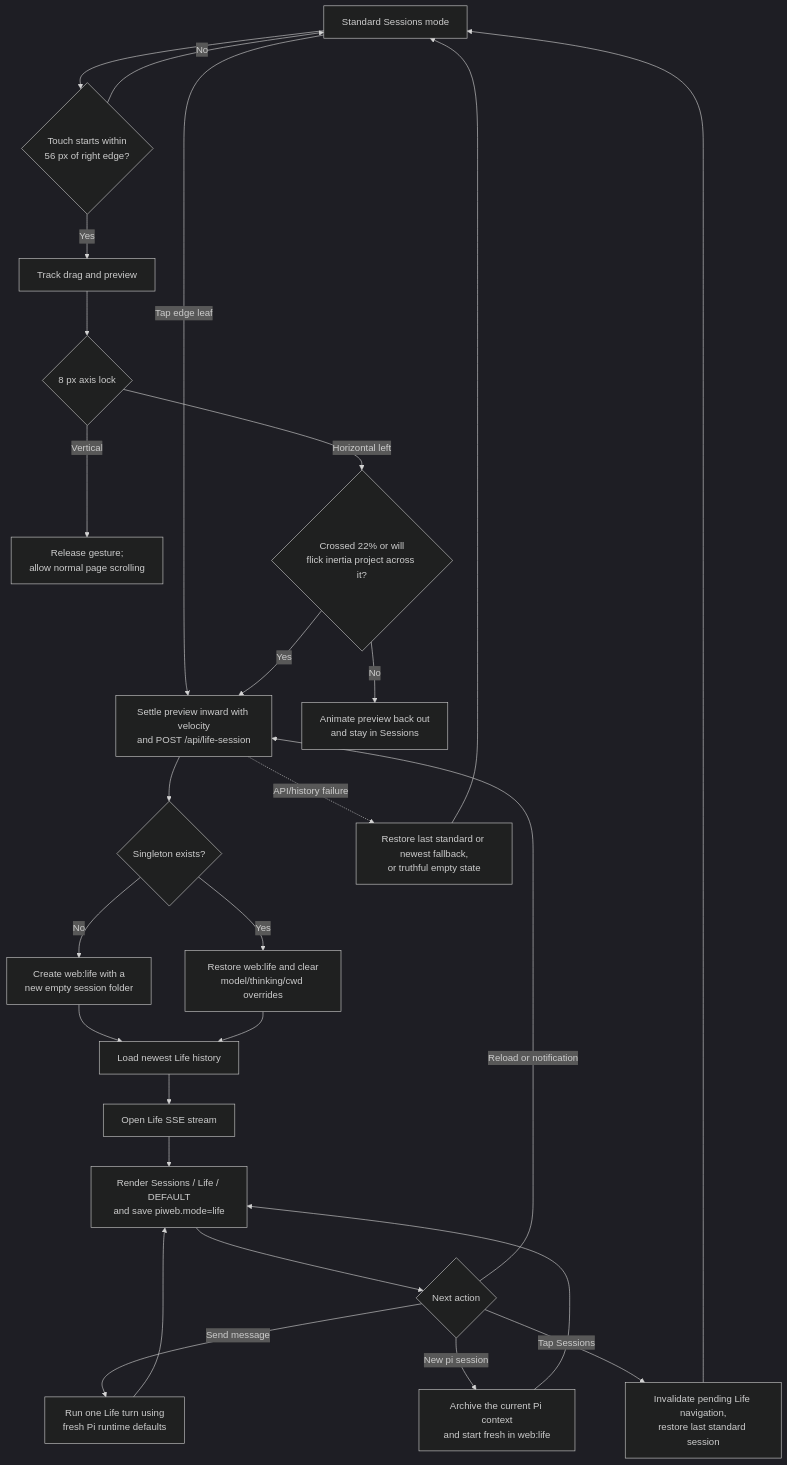
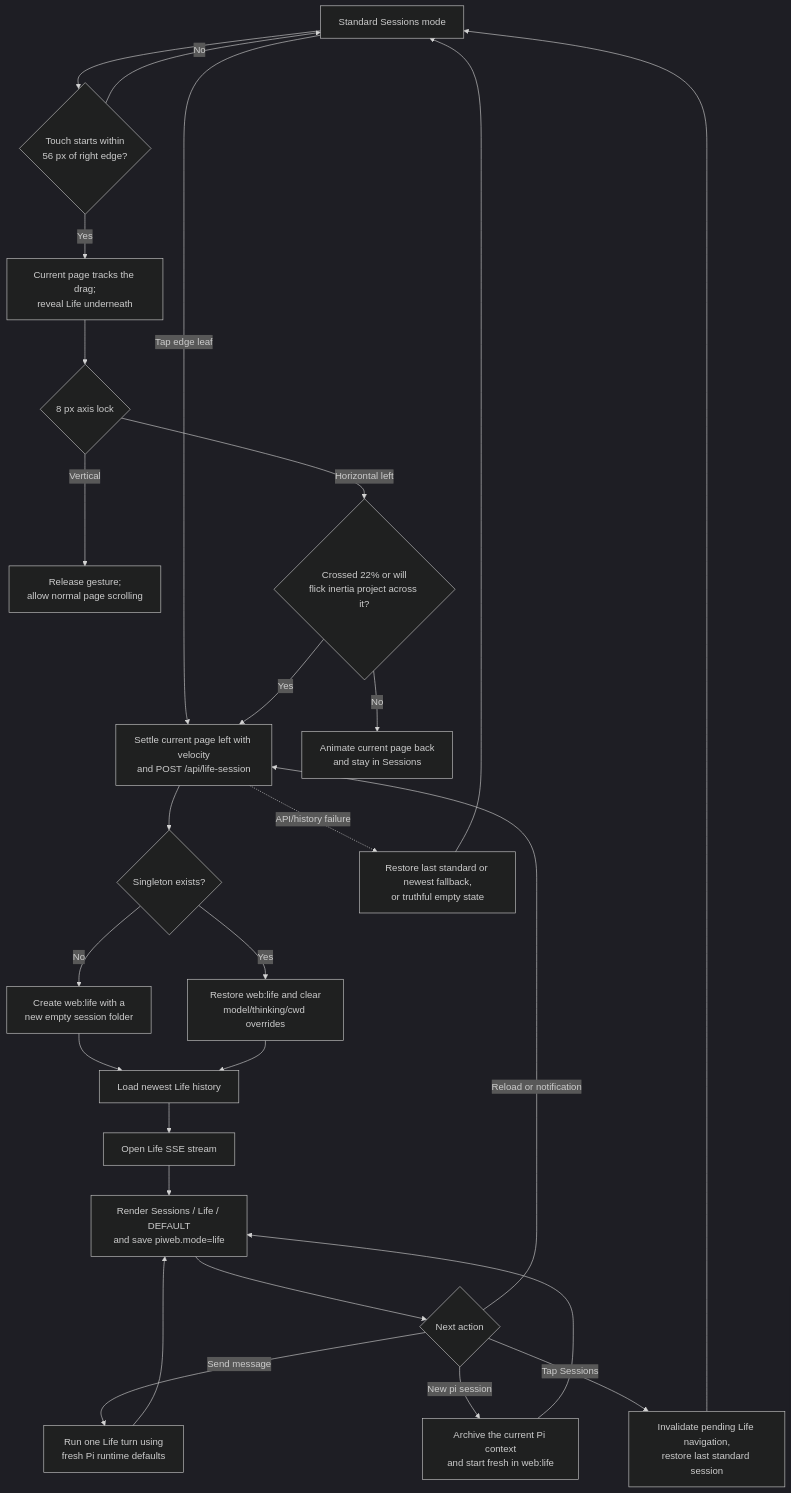
The first of 5 diagrams in docs/life-mode.md (AyaSakura-comp/piweb), drawn with Mermaid (dark theme) before and after one commit. The commit also changed other lines of this file and 8 other files, not shown here.

Commit message:
[verified] feat: drag Life from a water-drop edge

````diff
--- a/docs/life-mode.md
+++ b/docs/life-mode.md
@@ -50,29 +50,29 @@
 ```mermaid
 flowchart TD
     A[Standard Sessions mode] --> B{Touch starts within<br/>56 px of right edge?}
     A -- Tap edge leaf --> H
     B -- No --> A
-    B -- Yes --> C[Track drag and preview]
+    B -- Yes --> C[Current page tracks the drag;<br/>reveal Life underneath]
     C --> D{8 px axis lock}
     D -- Vertical --> E[Release gesture;<br/>allow normal page scrolling]
     D -- Horizontal left --> F{Crossed 22% or will<br/>flick inertia project across it?}
-    F -- No --> G[Animate preview back out<br/>and stay in Sessions]
-    F -- Yes --> H[Settle preview inward with velocity<br/>and POST /api/life-session]
+    F -- No --> G[Animate current page back<br/>and stay in Sessions]
+    F -- Yes --> H[Settle current page left with velocity<br/>and POST /api/life-session]
     H --> I{Singleton exists?}
     I -- No --> J[Create web:life with a<br/>new empty session folder]
     I -- Yes --> K[Restore web:life and clear<br/>model/thinking/cwd overrides]
     J --> L[Load newest Life history]
     K --> L
     L --> M[Open Life SSE stream]
     M --> N[Render Sessions / Life / DEFAULT<br/>and save piweb.mode=life]
     N --> O{Next action}
     O -- Send message --> P[Run one Life turn using<br/>fresh Pi runtime defaults]
     P --> N
     O -- New pi session --> S[Archive the current Pi context<br/>and start fresh in web:life]
     S --> N
     O -- Reload or notification --> H
     O -- Tap Sessions --> Q[Invalidate pending Life navigation,<br/>restore last standard session]
     Q --> A
     H -. API/history failure .-> R[Restore last standard or newest fallback,<br/>or truthful empty state]
     R --> A
 ```
````
